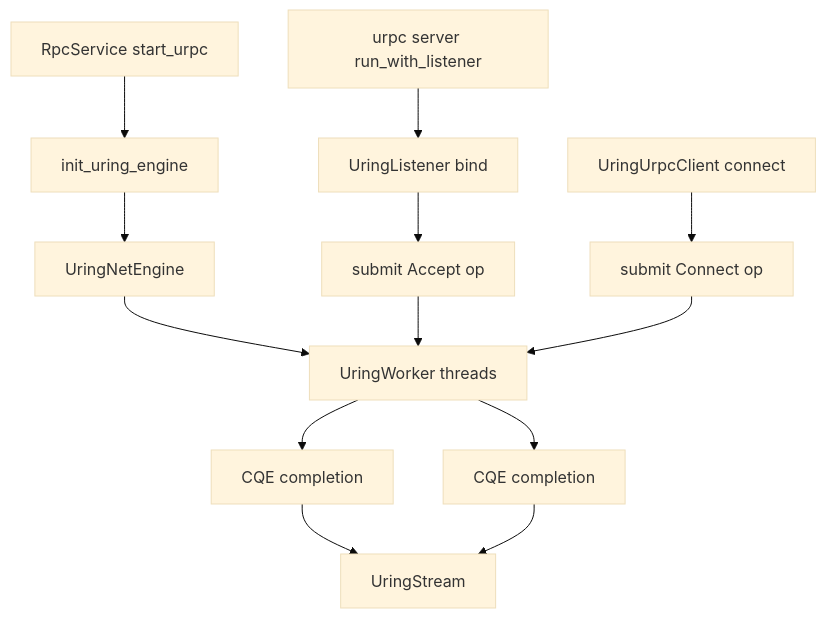
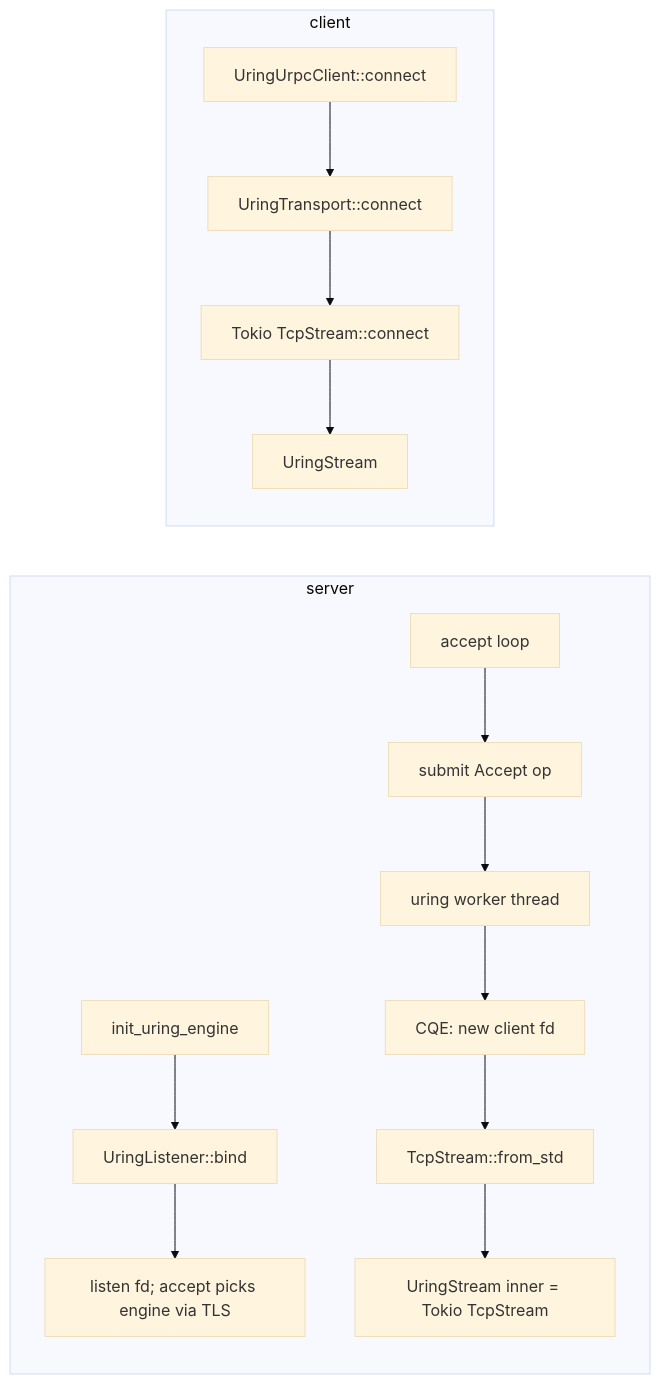
Before and after one commit to zuston/riffle: the diagram in design/RFC-01.md, drawn with Mermaid (base theme). The commit also changed other lines of this file and 8 other files, not shown here.

````diff
--- a/design/RFC-01.md
+++ b/design/RFC-01.md
@@ -64,17 +60,18 @@
 ```mermaid
-flowchart TD
-    rpcStart[RpcService start_urpc] --> initEngine[init_uring_engine]
-    initEngine --> netEngine[UringNetEngine]
-    netEngine --> workers[UringWorker threads]
+flowchart LR
+    subgraph server
+        A[init_uring_engine] --> B[UringListener::bind]
+        B --> C[listen fd; accept picks engine via TLS]
+        D[accept loop] --> E[submit Accept op]
+        E --> F[uring worker thread]
+        F --> G[CQE: new client fd]
+        G --> H[TcpStream::from_std]
+        H --> I[UringStream inner = Tokio TcpStream]
+    end
 
-    serverRun[urpc server run_with_listener] --> listenerBind[UringListener bind]
-    listenerBind --> acceptOp[submit Accept op]
-    acceptOp --> workers
-    workers --> acceptDone[CQE completion]
-    acceptDone --> uringStream[UringStream]
-
-    clientConnect[UringUrpcClient connect] --> connectOp[submit Connect op]
-    connectOp --> workers
-    workers --> connectDone[CQE completion]
-    connectDone --> uringStream
+    subgraph client
+        J[UringUrpcClient::connect] --> K[UringTransport::connect]
+        K --> L[Tokio TcpStream::connect]
+        L --> M[UringStream]
+    end
 ```
````
